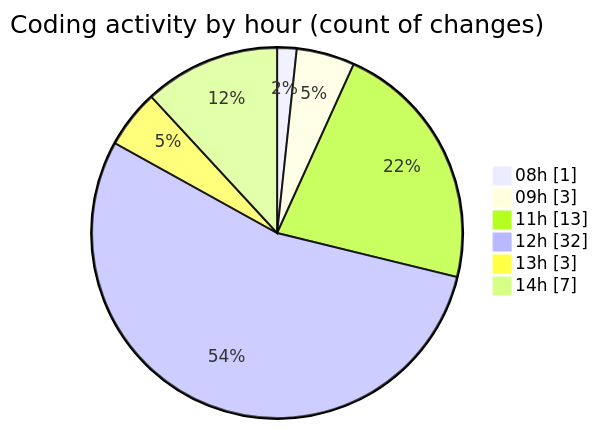
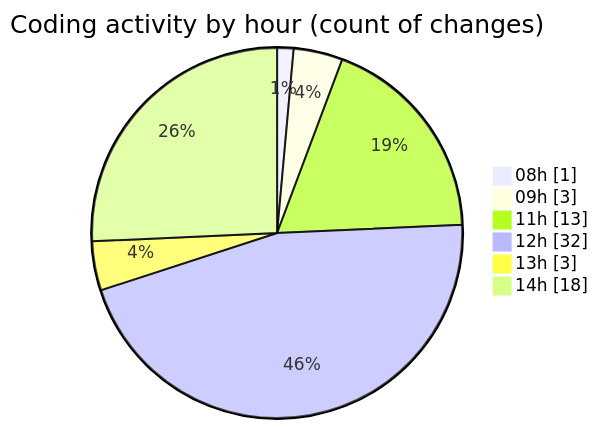
The second of 2 diagrams in 2025-11-04/cda/README.md (momahboobian/code-tracking), drawn with Mermaid before and after one commit. The commit also changed other lines of this file and 1 other file, not shown here.

````diff
--- a/2025-11-04/cda/README.md
+++ b/2025-11-04/cda/README.md
@@ -48,10 +48,10 @@
 ```mermaid
 pie showData
 title Coding activity by hour (count of changes)
 "08h" : 1
 "09h" : 3
 "11h" : 13
 "12h" : 32
 "13h" : 3
-"14h" : 7
+"14h" : 18
 ```
````
